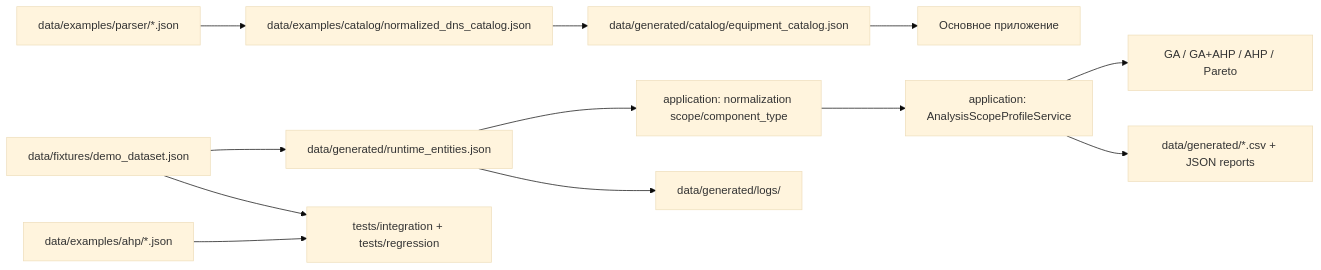
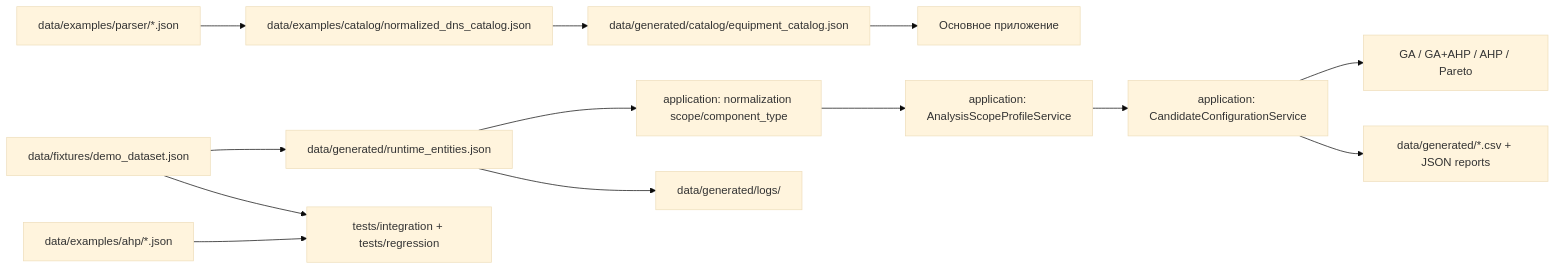
One commit to Pacifica123/it_cost_calc changed the diagram in docs/architecture/data_map.md. Above: the diagram before and after it, drawn with Mermaid (base theme). The commit also changed other lines of this file and 16 other files, not shown here.

````diff
--- a/docs/architecture/data_map.md
+++ b/docs/architecture/data_map.md
@@ -5,16 +5,17 @@
 ```mermaid
 flowchart LR
     FIX[data/fixtures/demo_dataset.json] --> RUNTIME[data/generated/runtime_entities.json]
     RUNTIME --> RNORM[application: normalization scope/component_type]
     RNORM --> PROFILE[application: AnalysisScopeProfileService]
-    PROFILE --> ANALYTICS[GA / GA+AHP / AHP / Pareto]
-    PROFILE --> REPORTS[data/generated/*.csv + JSON reports]
+    PROFILE --> CAND[application: CandidateConfigurationService]
+    CAND --> ANALYTICS[GA / GA+AHP / AHP / Pareto]
+    CAND --> REPORTS[data/generated/*.csv + JSON reports]
     RUNTIME --> LOGS[data/generated/logs/]
 
     RAW[data/examples/parser/*.json] --> CNORM[data/examples/catalog/normalized_dns_catalog.json]
     CNORM --> CATALOG[data/generated/catalog/equipment_catalog.json]
     CATALOG --> APP[Основное приложение]
 
     EXAHP[data/examples/ahp/*.json] --> TESTS[tests/integration + tests/regression]
     FIX --> TESTS
 ```
````
